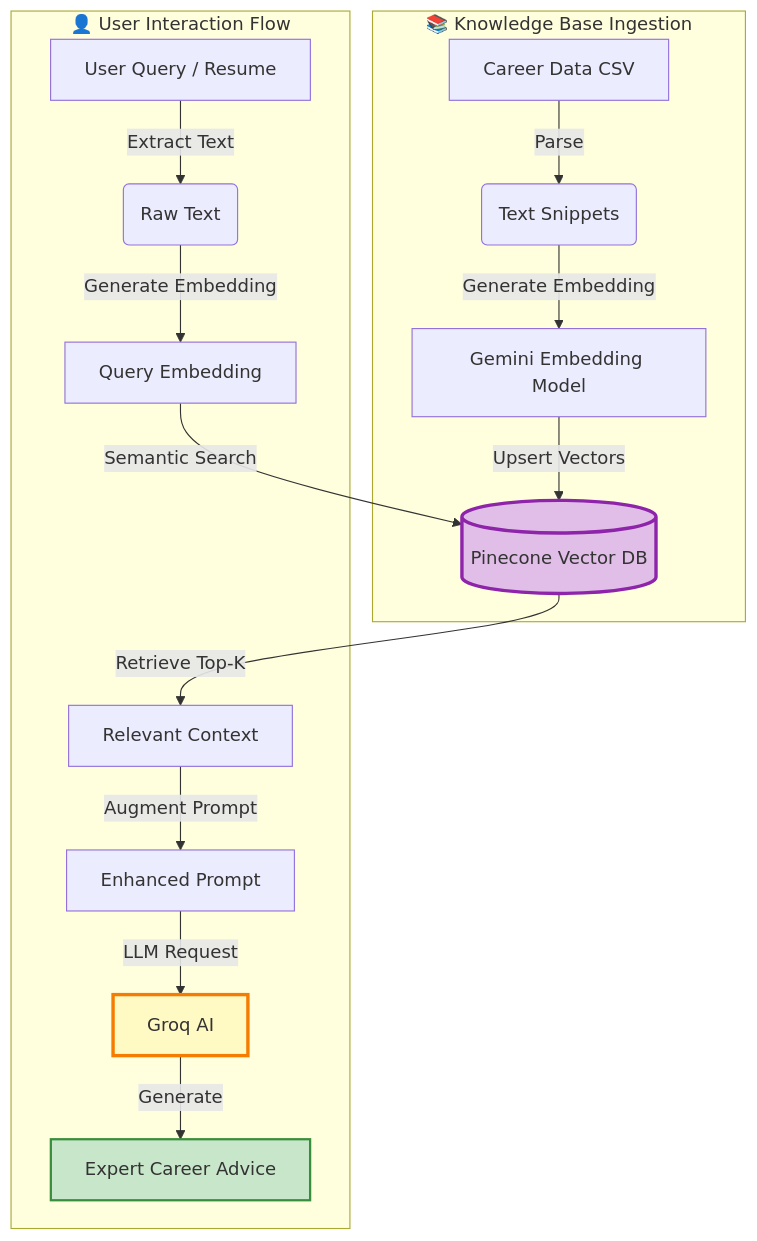
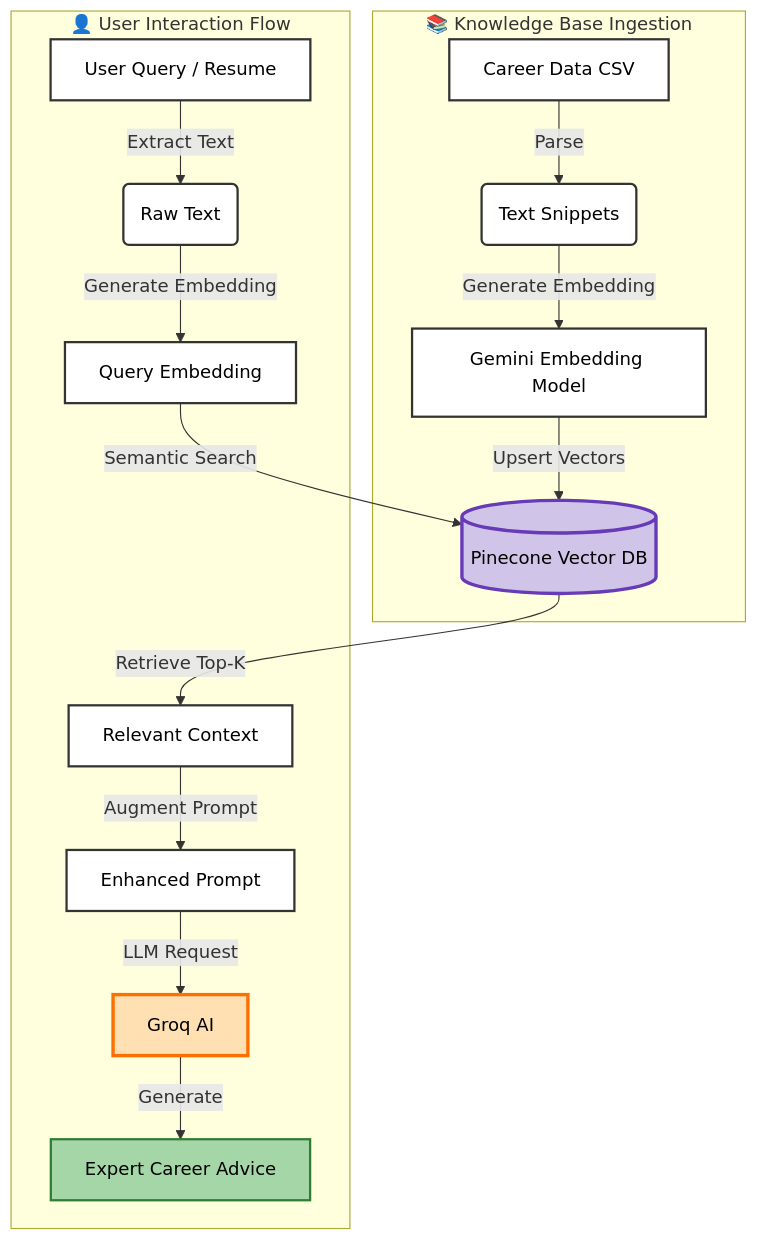
Before and after one commit to MADHAN21105/Career-Campass: the second of 3 diagrams in README.md, drawn with Mermaid. The commit also changed other lines of this file, not shown here.

Commit message:
Fix: Improve Mermaid diagram text visibility with better colors

````diff
--- a/README.md
+++ b/README.md
@@ -109,22 +111,30 @@
 ```mermaid
 graph TD
     subgraph Knowledge_Ingestion["📚 Knowledge Base Ingestion"]
         A[Career Data CSV] -->|Parse| B(Text Snippets)
         B -->|Generate Embedding| C[Gemini Embedding Model]
         C -->|Upsert Vectors| D[(Pinecone Vector DB)]
     end
 
     subgraph User_Flow["👤 User Interaction Flow"]
         E[User Query / Resume] -->|Extract Text| F(Raw Text)
         F -->|Generate Embedding| G[Query Embedding]
         G -->|Semantic Search| D
         D -->|Retrieve Top-K| H[Relevant Context]
         H -->|Augment Prompt| I[Enhanced Prompt]
         I -->|LLM Request| J[Groq AI]
         J -->|Generate| K[Expert Career Advice]
     end
 
-    style D fill:#e1bee7,stroke:#8e24aa,stroke-width:3px
-    style J fill:#fff9c4,stroke:#f57c00,stroke-width:3px
-    style K fill:#c8e6c9,stroke:#388e3c,stroke-width:2px
+    style A fill:#fff,stroke:#333,stroke-width:2px,color:#000
+    style B fill:#fff,stroke:#333,stroke-width:2px,color:#000
+    style C fill:#fff,stroke:#333,stroke-width:2px,color:#000
+    style D fill:#d1c4e9,stroke:#673ab7,stroke-width:3px,color:#000
+    style E fill:#fff,stroke:#333,stroke-width:2px,color:#000
+    style F fill:#fff,stroke:#333,stroke-width:2px,color:#000
+    style G fill:#fff,stroke:#333,stroke-width:2px,color:#000
+    style H fill:#fff,stroke:#333,stroke-width:2px,color:#000
+    style I fill:#fff,stroke:#333,stroke-width:2px,color:#000
+    style J fill:#ffe0b2,stroke:#ff6f00,stroke-width:3px,color:#000
+    style K fill:#a5d6a7,stroke:#2e7d32,stroke-width:2px,color:#000
 ```
````
